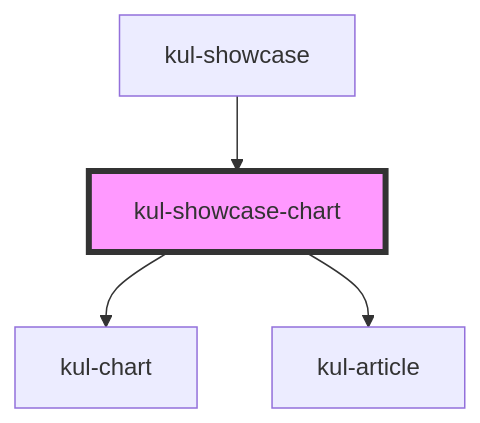
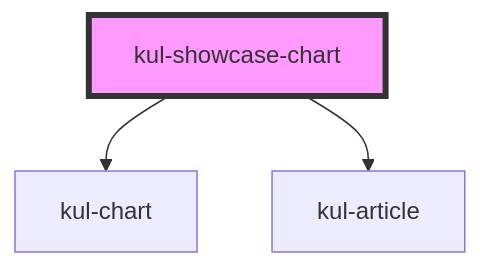
One commit to smeup/ketchup changed the diagram in packages/ketchup-lite/src/components/kul-showcase/components/chart/readme.md. Above: the diagram before and after it, drawn with Mermaid. The commit also changed other lines of this file and 25 other files, not shown here.

````diff
--- a/packages/ketchup-lite/src/components/kul-showcase/components/chart/readme.md
+++ b/packages/ketchup-lite/src/components/kul-showcase/components/chart/readme.md
@@ -31,7 +27,6 @@
 ```mermaid
 graph TD;
   kul-showcase-chart --> kul-chart
   kul-showcase-chart --> kul-article
-  kul-showcase --> kul-showcase-chart
   style kul-showcase-chart fill:#f9f,stroke:#333,stroke-width:4px
 ```
````
